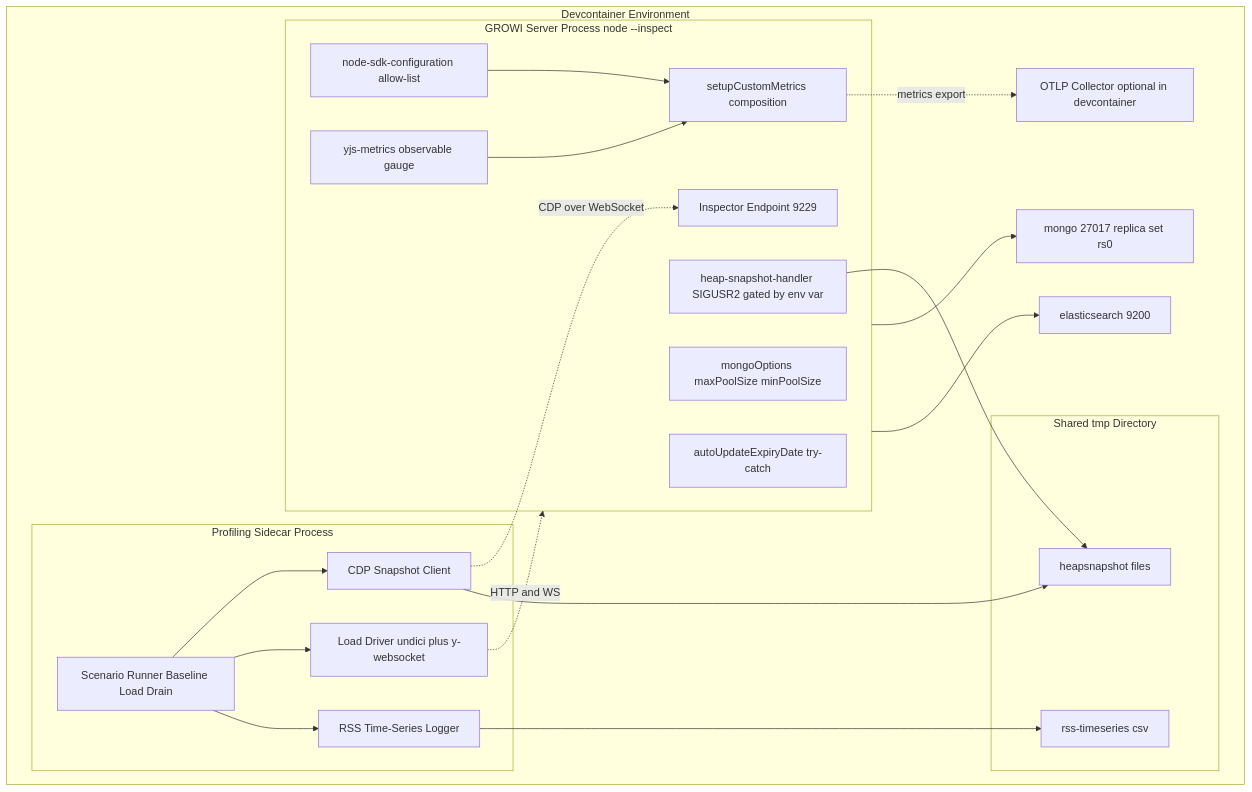
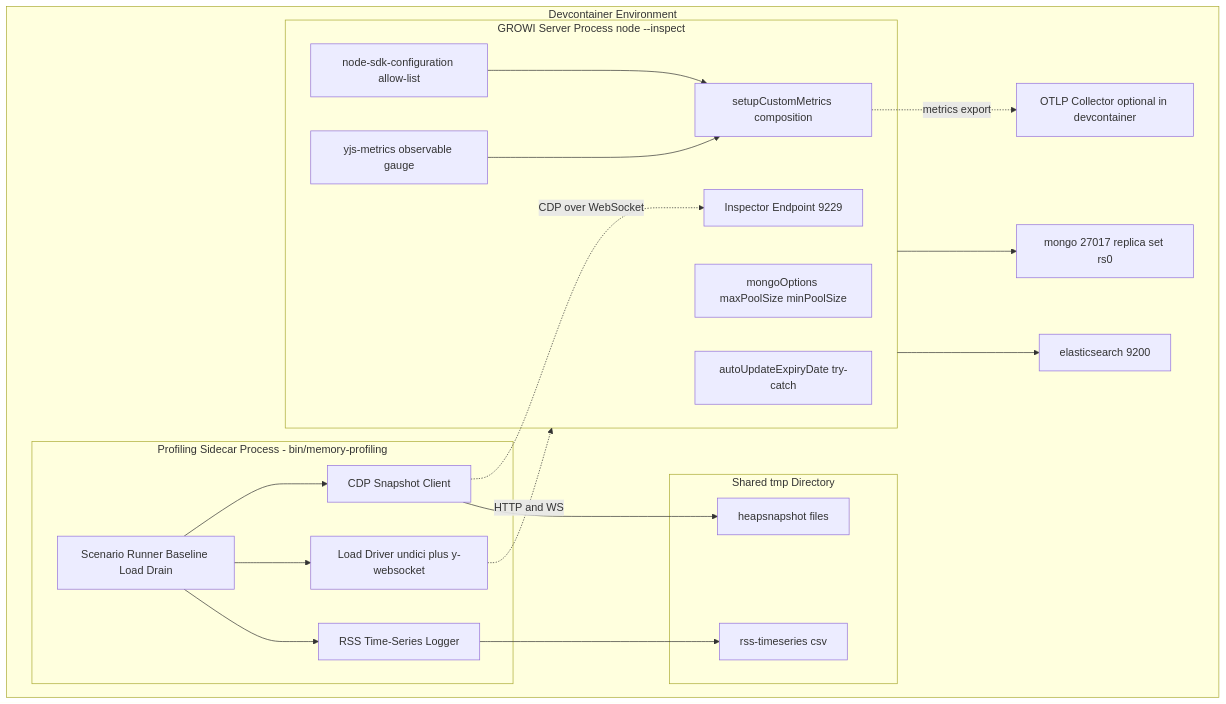
One commit to growilabs/growi changed the first of 3 diagrams in .kiro/specs/memory-leak-investigation/design.md. Above: the diagram before and after it, drawn with Mermaid. The commit also changed other lines of this file and 6 other files, not shown here.

````diff
--- a/.kiro/specs/memory-leak-investigation/design.md
+++ b/.kiro/specs/memory-leak-investigation/design.md
@@ -85,40 +86,38 @@
 ```mermaid
 graph TB
     subgraph DevcontainerEnv[Devcontainer Environment]
         subgraph ServerProcess[GROWI Server Process node --inspect]
-            HeapHook[heap-snapshot-handler SIGUSR2 gated by env var]
             MongoosePool[mongoOptions maxPoolSize minPoolSize]
             OtelConfig[node-sdk-configuration allow-list]
             YjsMetric[yjs-metrics observable gauge]
             CustomMetrics[setupCustomMetrics composition]
             DefensiveTimer[autoUpdateExpiryDate try-catch]
             InspectorEp[Inspector Endpoint 9229]
         end
-        subgraph SidecarProcess[Profiling Sidecar Process]
+        subgraph SidecarProcess[Profiling Sidecar Process - bin/memory-profiling]
             Runner[Scenario Runner Baseline Load Drain]
             CdpClient[CDP Snapshot Client]
             LoadDriver[Load Driver undici plus y-websocket]
             RssLogger[RSS Time-Series Logger]
         end
         subgraph SharedFs[Shared tmp Directory]
             Snapshots[heapsnapshot files]
             RssCsv[rss-timeseries csv]
         end
         Mongo[mongo 27017 replica set rs0]
         ES[elasticsearch 9200]
         Otlp[OTLP Collector optional in devcontainer]
     end
     OtelConfig --> CustomMetrics
     YjsMetric --> CustomMetrics
     CustomMetrics -.metrics export.-> Otlp
     CdpClient -.CDP over WebSocket.-> InspectorEp
     LoadDriver -.HTTP and WS.-> ServerProcess
-    HeapHook --> Snapshots
     CdpClient --> Snapshots
     RssLogger --> RssCsv
     Runner --> CdpClient
     Runner --> LoadDriver
     Runner --> RssLogger
     ServerProcess --> Mongo
     ServerProcess --> ES
 ```
````
